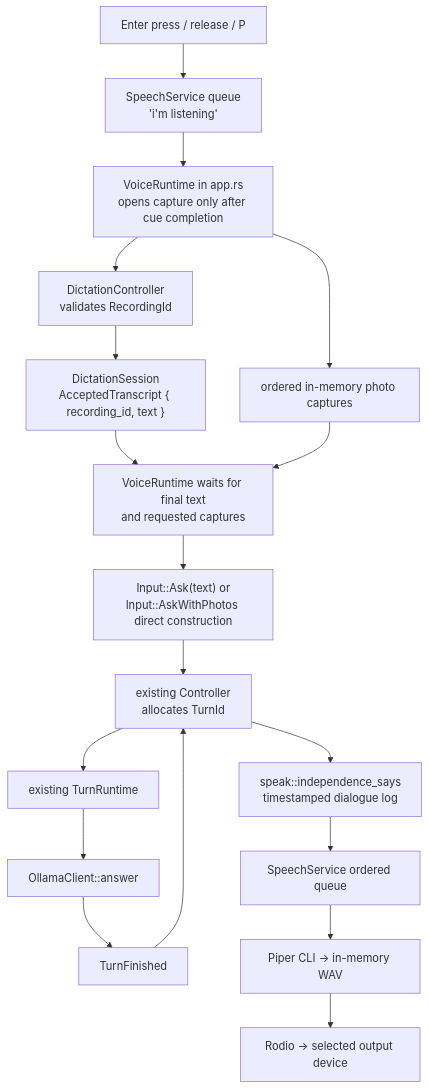
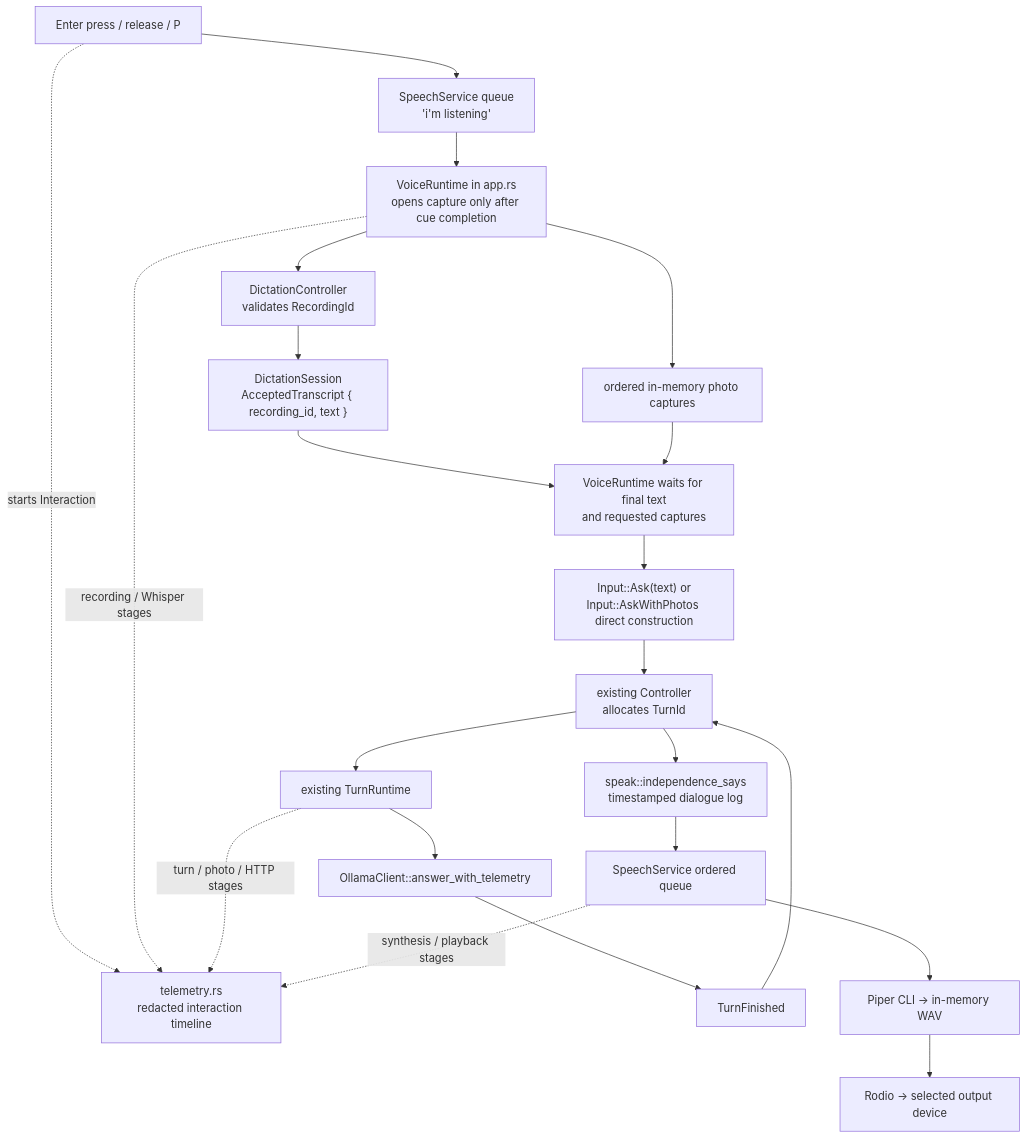
One commit to samuelebstein/independence changed the fourth of 4 diagrams in README.md. Above: the diagram before and after it, drawn with Mermaid. The commit also changed other lines of this file and 16 other files, not shown here.

````diff
--- a/README.md
+++ b/README.md
@@ -728,20 +868,24 @@
 ```mermaid
 flowchart TD
     A["Enter press / release / P"] --> Q["SpeechService queue\n'i'm listening'"]
+    A -. "starts Interaction" .-> O["telemetry.rs\nredacted interaction timeline"]
     Q --> D["VoiceRuntime in app.rs\nopens capture only after cue completion"]
     D --> B["DictationController\nvalidates RecordingId"]
     B --> C["DictationSession\nAcceptedTranscript { recording_id, text }"]
     D --> P["ordered in-memory photo captures"]
     C --> E["VoiceRuntime waits for final text\nand requested captures"]
     P --> E
     E --> F["Input::Ask(text) or\nInput::AskWithPhotos direct construction"]
     F --> G["existing Controller\nallocates TurnId"]
     G --> H["existing TurnRuntime"]
-    H --> I["OllamaClient::answer"]
+    H --> I["OllamaClient::answer_with_telemetry"]
+    D -. "recording / Whisper stages" .-> O
+    H -. "turn / photo / HTTP stages" .-> O
     I --> K["TurnFinished"]
     K --> G
     G --> J["speak::independence_says\ntimestamped dialogue log"]
     J --> W["SpeechService ordered queue"]
     W --> T["Piper CLI -> in-memory WAV"]
     T --> R["Rodio -> selected output device"]
+    W -. "synthesis / playback stages" .-> O
 ```
````
